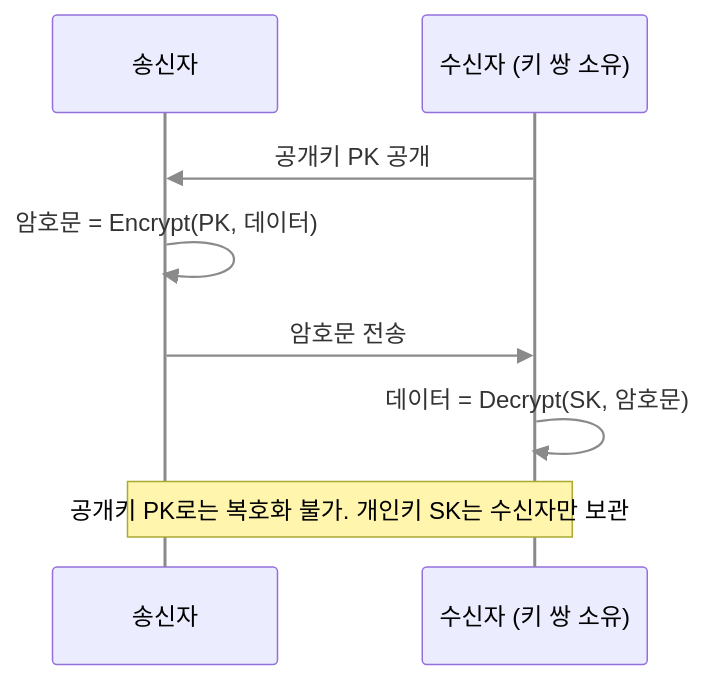
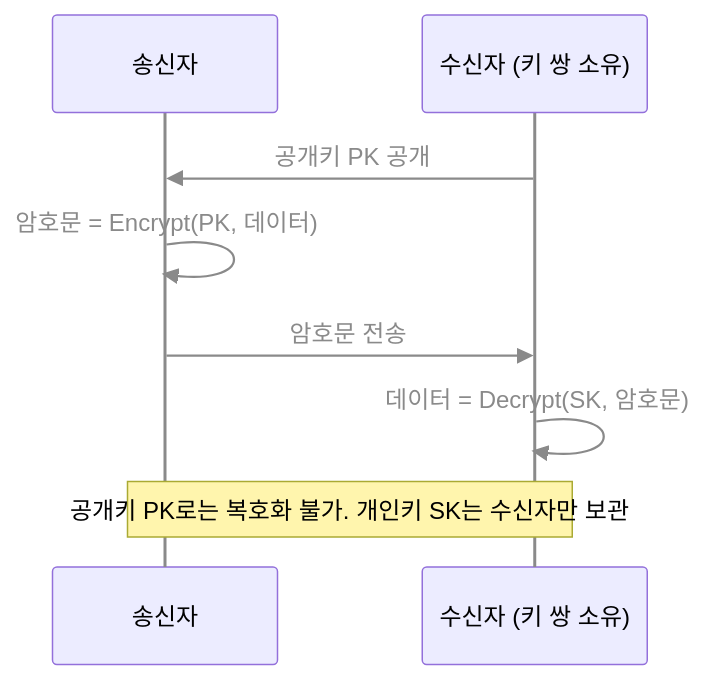
Before and after one commit to secututor/security-knowledge-base: the first of 4 diagrams in security-fundamentals/cryptography/asymmetric-encryption.md, drawn with Mermaid. The commit also changed other lines of this file and 12 other files, not shown here.

Commit message:
docs: 모든 Mermaid 그림에 라이트·다크 공용 선·글자 색 적용

````diff
--- a/security-fundamentals/cryptography/asymmetric-encryption.md
+++ b/security-fundamentals/cryptography/asymmetric-encryption.md
@@ -26,11 +26,11 @@
 ```mermaid
-%%{init: {"themeVariables": {"fontSize": "20px", "lineColor": "#8a8a8a", "signalColor": "#8a8a8a", "actorLineColor": "#8a8a8a"}, "flowchart": {"nodeSpacing": 25, "rankSpacing": 30}}}%%
+%%{init: {"themeVariables": {"fontSize": "20px", "lineColor": "#8a8a8a", "signalColor": "#8a8a8a", "signalTextColor": "#8a8a8a", "actorLineColor": "#8a8a8a"}, "flowchart": {"nodeSpacing": 25, "rankSpacing": 30}}}%%
 sequenceDiagram
     participant A as 송신자
     participant B as 수신자 (키 쌍 소유)
     B->>A: 공개키 PK 공개
     A->>A: 암호문 = Encrypt(PK, 데이터)
     A->>B: 암호문 전송
     B->>B: 데이터 = Decrypt(SK, 암호문)
     Note over A,B: 공개키 PK로는 복호화 불가. 개인키 SK는 수신자만 보관
 ```
````
